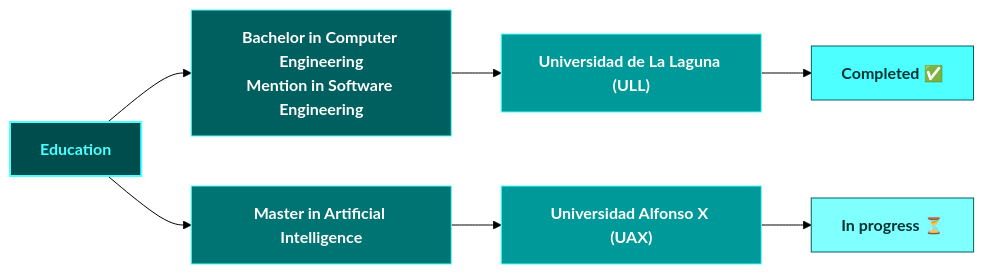
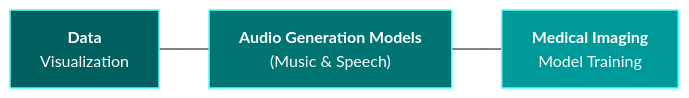
One commit to edujbarrios/edujbarrios changed the diagram in README.md. Above: the diagram before and after it, drawn with Mermaid (forest theme). The commit also changed other lines of this file, not shown here.

Commit message:
Revise README with new introduction and cleanup
Updated personal introduction and removed education section with flowchart.

````diff
--- a/README.md
+++ b/README.md
@@ -49,23 +32,16 @@
-```mermaid
+ ```mermaid
 flowchart LR
-  %% Styles aligned with Tech Stack palette
-  classDef focus fill:#004d4d,stroke:#4dffff,stroke-width:2px,color:#4dffff;
-  classDef core fill:#006060,stroke:#4dffff,stroke-width:1px,color:#FFFFFF;
-  classDef mid  fill:#007373,stroke:#4dffff,stroke-width:1px,color:#FFFFFF;
-  classDef uni  fill:#009999,stroke:#4dffff,stroke-width:1px,color:#FFFFFF;
-  classDef statusDone fill:#4dffff,stroke:#006060,stroke-width:1px,color:#003333;
-  classDef statusProg fill:#80ffff,stroke:#006060,stroke-width:1px,color:#003333;
+  %% Turquoise palette
+  classDef block fill:#006060,stroke:#4dffff,stroke-width:1.5px,color:#FFFFFF;
+  classDef blockAlt fill:#007373,stroke:#4dffff,stroke-width:1.5px,color:#FFFFFF;
+  classDef blockLight fill:#009999,stroke:#4dffff,stroke-width:1.5px,color:#FFFFFF;
 
-  EDU["<b>Education</b>"]:::focus
+  %% Blocks in a single row
+  DV["<b>Data</b><br/>Visualization"]:::block
+  AUDIO["<b>Audio Generation Models</b><br/>(Music & Speech)"]:::blockAlt
+  MED["<b>Medical Imaging</b><br/>Model Training"]:::blockLight
 
-  BSC["<b>Bachelor in Computer Engineering</b><br/><b>Mention in Software Engineering</b>"]:::core
-  BSC_UNI["<b>Universidad de La Laguna (ULL)</b>"]:::uni
-  DONE["<b>Completed</b> ✅"]:::statusDone
+  %% Force same row layout
+  DV --- AUDIO --- MED
 
-  MSC["<b>Master in Artificial Intelligence</b>"]:::mid
-  MSC_UNI["<b>Universidad Alfonso X (UAX)</b>"]:::uni
-  PROG["<b>In progress</b> ⏳"]:::statusProg
-
-  EDU --> BSC --> BSC_UNI --> DONE
-  EDU --> MSC --> MSC_UNI --> PROG
 ```
````
